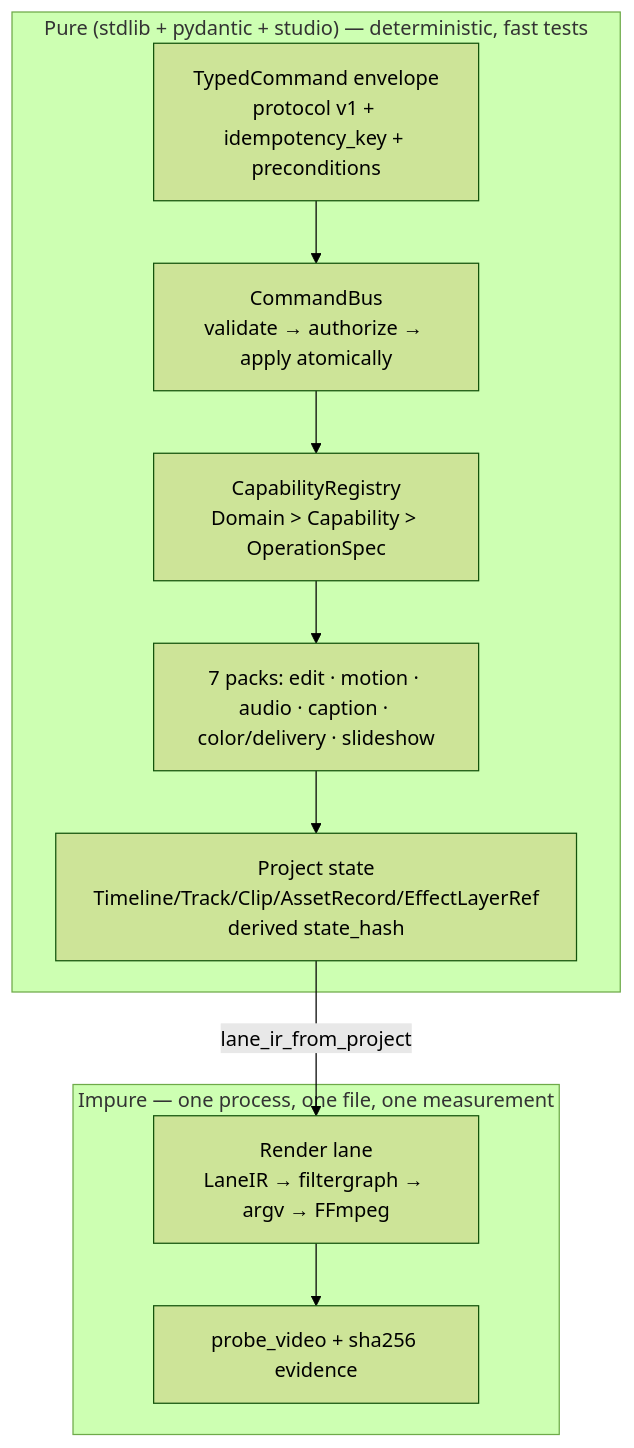
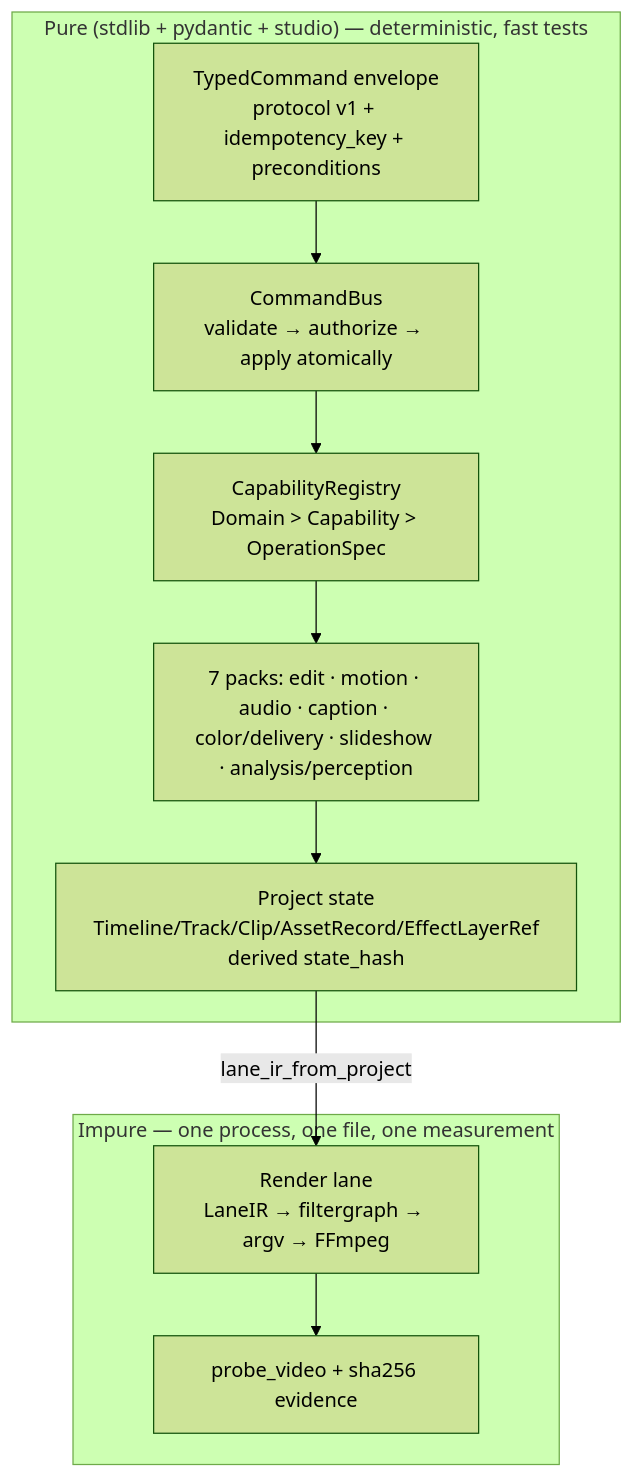
One commit to bot523h/nexus-ai-agent changed the diagram in docs/architecture/CREATIVE_STUDIO.md. Above: the diagram before and after it, drawn with Mermaid (forest theme). The commit also changed other lines of this file, not shown here.

First line of the commit message:
docs(architecture): CREATIVE_STUDIO living view reflects the seventh pack and 60 operations

````diff
--- a/docs/architecture/CREATIVE_STUDIO.md
+++ b/docs/architecture/CREATIVE_STUDIO.md
@@ -13,16 +13,16 @@
 ```mermaid
 flowchart TB
     subgraph pure["Pure (stdlib + pydantic + studio) — deterministic, fast tests"]
         cmd["TypedCommand envelope<br/>protocol v1 + idempotency_key + preconditions"]
         bus["CommandBus<br/>validate → authorize → apply atomically"]
         reg["CapabilityRegistry<br/>Domain > Capability > OperationSpec"]
-        packs["7 packs: edit · motion · audio · caption · color/delivery · slideshow"]
+        packs["7 packs: edit · motion · audio · caption · color/delivery · slideshow · analysis/perception"]
         proj["Project state<br/>Timeline/Track/Clip/AssetRecord/EffectLayerRef<br/>derived state_hash"]
     end
     subgraph impure["Impure — one process, one file, one measurement"]
         lane["Render lane<br/>LaneIR → filtergraph → argv → FFmpeg"]
         probe["probe_video + sha256 evidence"]
     end
     cmd --> bus --> reg --> packs --> proj
     proj -->|lane_ir_from_project| lane --> probe
 ```
````
